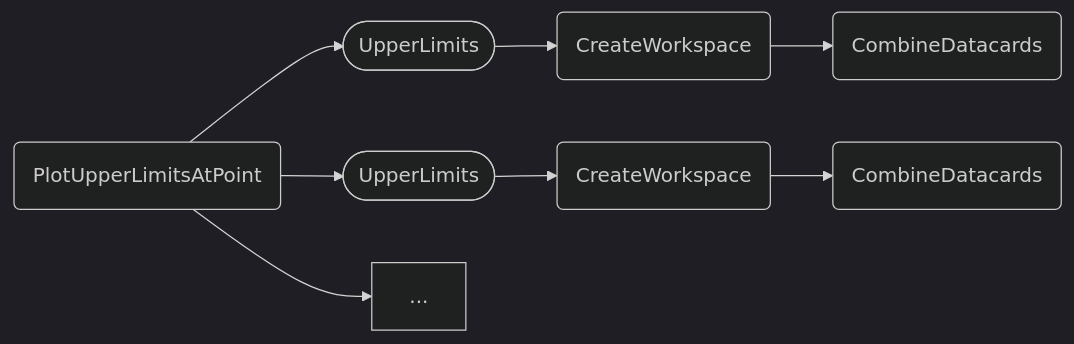
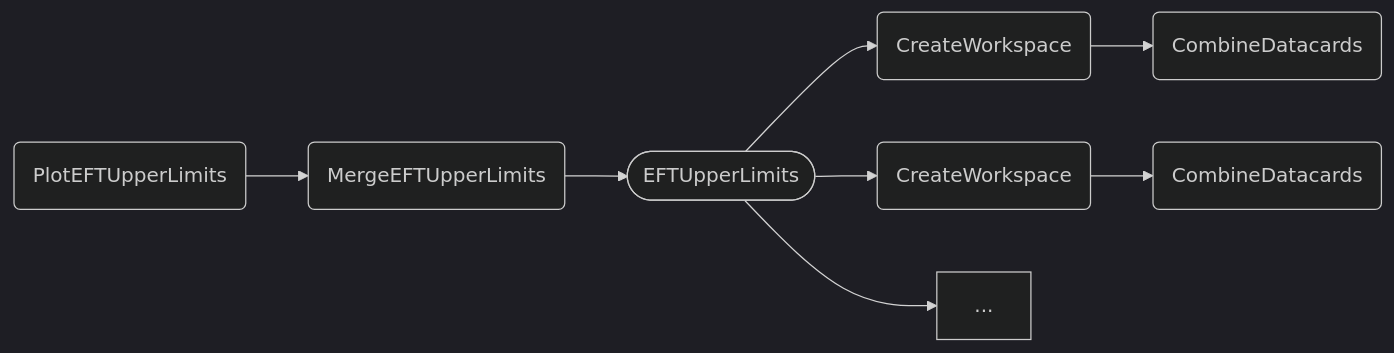
The second of 2 diagrams in docs/content/tasks/eft.md (cms-hh/inference_tools), drawn with Mermaid (dark theme) before and after one commit. The commit also changed other lines of this file and 18 other files, not shown here.

````diff
--- a/docs/content/tasks/eft.md
+++ b/docs/content/tasks/eft.md
@@ -208,10 +145,10 @@
 ```mermaid
 graph LR;
-    A(PlotUpperLimitsAtPoint) --> B1([UpperLimits]);
-    A --> B2([UpperLimits]);
-    A --> ...;
-    B1 --> C1(CreateWorkspace);
-    B2 --> C2(CreateWorkspace);
-    C1 --> D1(CombineDatacards);
-    C2 --> D2(CombineDatacards);
+    A(PlotEFTUpperLimits) --> B(MergeEFTUpperLimits);
+    B --> C([EFTUpperLimits]);
+    C --> D1(CreateWorkspace);
+    C --> D2(CreateWorkspace);
+    C --> ...;
+    D1 --> E1(CombineDatacards);
+    D2 --> E2(CombineDatacards);
 ```
````
